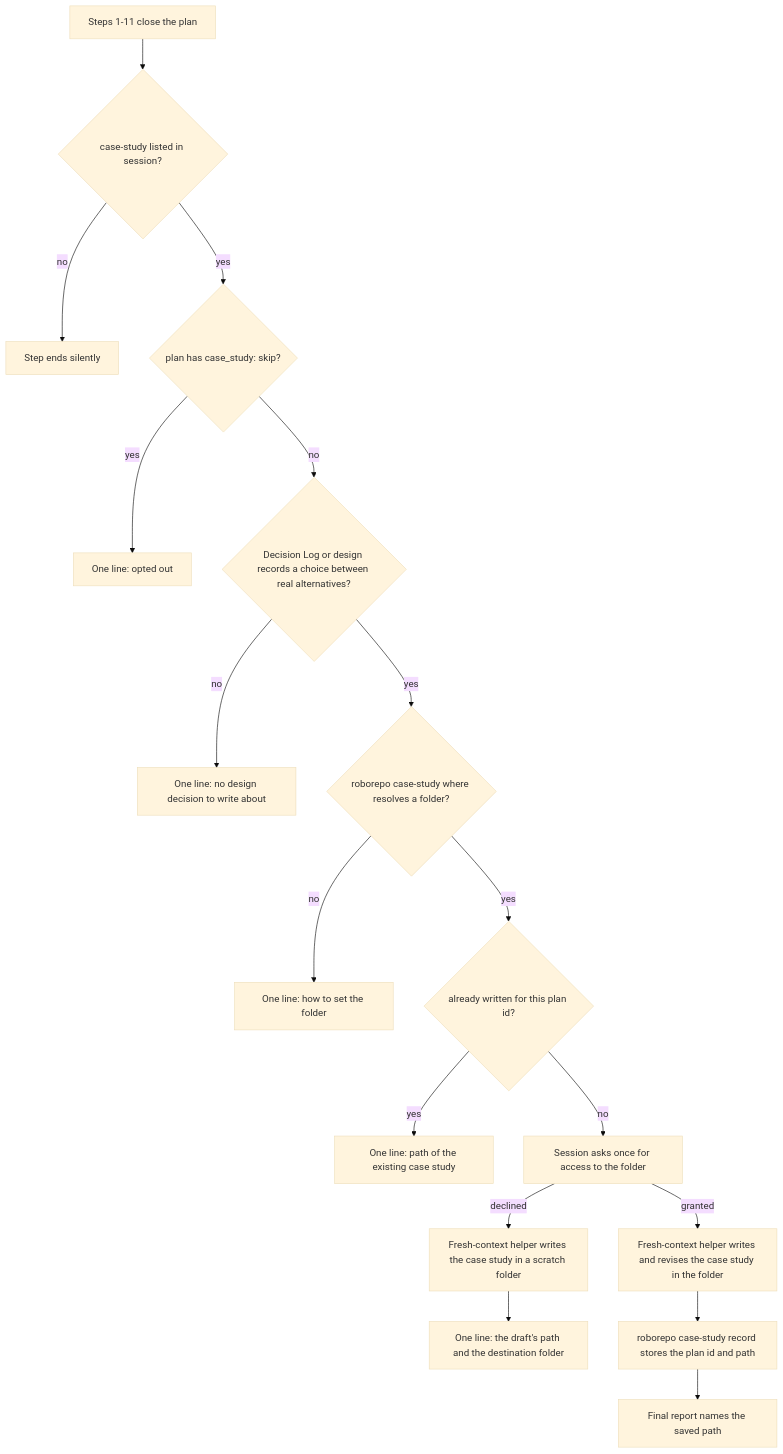
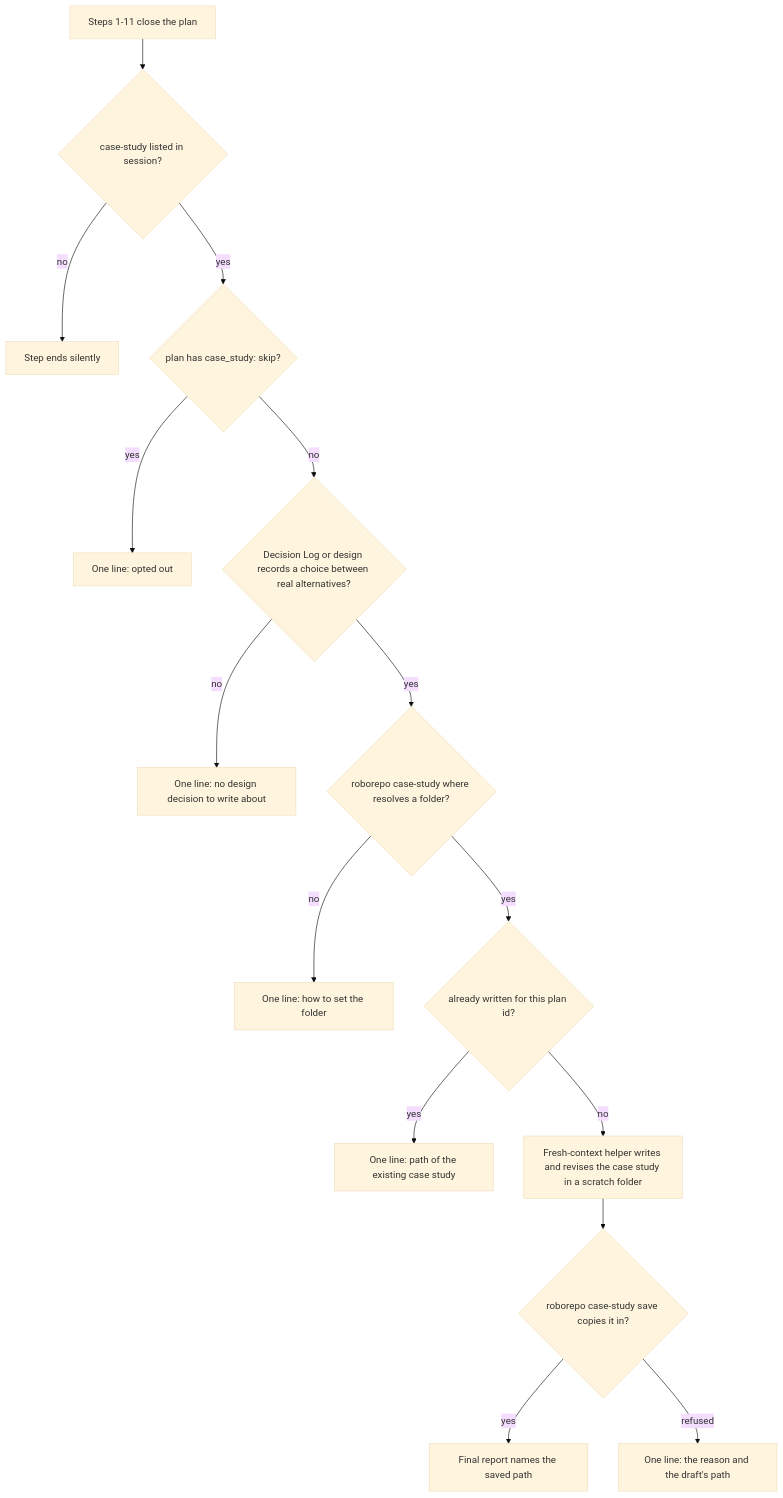
The diagram in plans/backlog/plans-close-case-study.md (kirinmurphy/roborepo-alpha), drawn with Mermaid (base theme) before and after one commit. The commit also changed other lines of this file, not shown here.

Commit message:
Update plan plans-close-case-study

````diff
--- a/plans/backlog/plans-close-case-study.md
+++ b/plans/backlog/plans-close-case-study.md
@@ -70,19 +70,17 @@
 ```mermaid
 flowchart TD
   A[Steps 1-11 close the plan] --> B{case-study listed in session?}
   B -- no --> Z[Step ends silently]
   B -- yes --> C{plan has case_study: skip?}
   C -- yes --> Y[One line: opted out]
   C -- no --> D{Decision Log or design records a choice between real alternatives?}
   D -- no --> X[One line: no design decision to write about]
   D -- yes --> E{roborepo case-study where resolves a folder?}
   E -- no --> W[One line: how to set the folder]
   E -- yes --> F{already written for this plan id?}
   F -- yes --> V[One line: path of the existing case study]
-  F -- no --> P[Session asks once for access to the folder]
-  P -- declined --> S[Fresh-context helper writes the case study in a scratch folder]
-  S --> U[One line: the draft's path and the destination folder]
-  P -- granted --> G[Fresh-context helper writes and revises the case study in the folder]
-  G --> H[roborepo case-study record stores the plan id and path]
-  H --> I[Final report names the saved path]
+  F -- no --> G[Fresh-context helper writes and revises the case study in a scratch folder]
+  G --> H{roborepo case-study save copies it in?}
+  H -- yes --> I[Final report names the saved path]
+  H -- refused --> U[One line: the reason and the draft's path]
 ```
````
